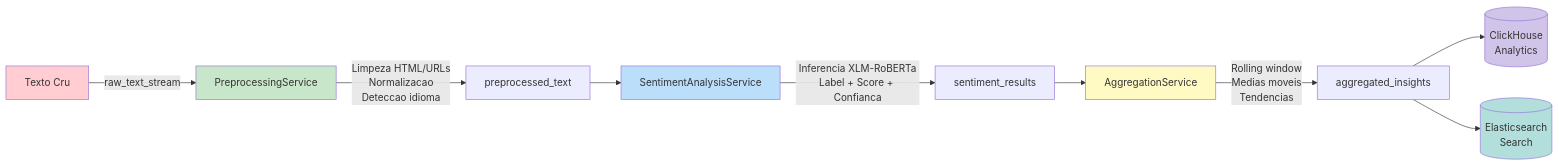
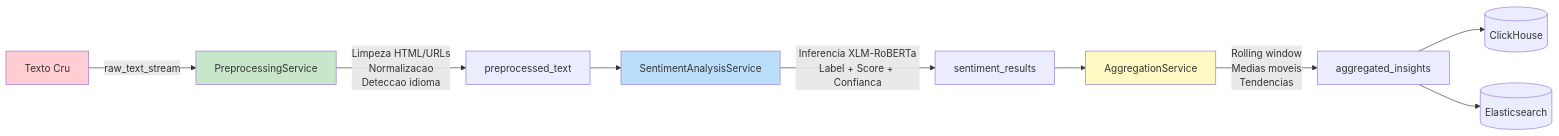
The second of 4 diagrams in README.md (galafis/multi-language-sentiment-engine), drawn with Mermaid before and after one commit. The commit also changed other lines of this file, not shown here.

````diff
--- a/README.md
+++ b/README.md
@@ -178,18 +114,16 @@
 ```mermaid
 flowchart LR
-    A["Texto Cru"] -->|"raw_text_stream"| B["PreprocessingService"]
-    B -->|"Limpeza HTML/URLs\nNormalizacao\nDeteccao idioma"| C["preprocessed_text"]
+    A["Texto Cru"] -->|raw_text_stream| B["PreprocessingService"]
+    B -->|"Limpeza HTML/URLs<br/>Normalizacao<br/>Deteccao idioma"| C["preprocessed_text"]
     C --> D["SentimentAnalysisService"]
-    D -->|"Inferencia XLM-RoBERTa\nLabel + Score + Confianca"| E["sentiment_results"]
+    D -->|"Inferencia XLM-RoBERTa<br/>Label + Score + Confianca"| E["sentiment_results"]
     E --> F["AggregationService"]
-    F -->|"Rolling window\nMedias moveis\nTendencias"| G["aggregated_insights"]
-    G --> H[("ClickHouse\nAnalytics")]
-    G --> I[("Elasticsearch\nSearch")]
+    F -->|"Rolling window<br/>Medias moveis<br/>Tendencias"| G["aggregated_insights"]
+    G --> H[("ClickHouse")]
+    G --> I[("Elasticsearch")]
 
     style A fill:#ffcdd2
     style B fill:#c8e6c9
     style D fill:#bbdefb
     style F fill:#fff9c4
-    style H fill:#d1c4e9
-    style I fill:#b2dfdb
 ```
````
